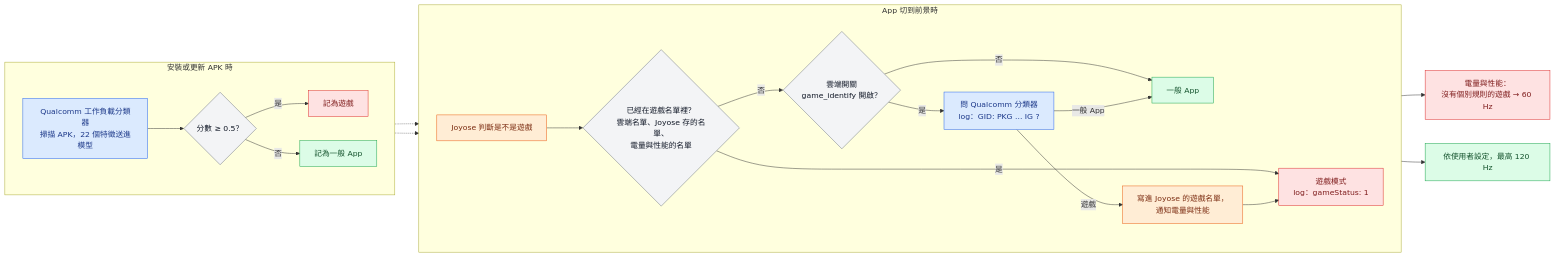
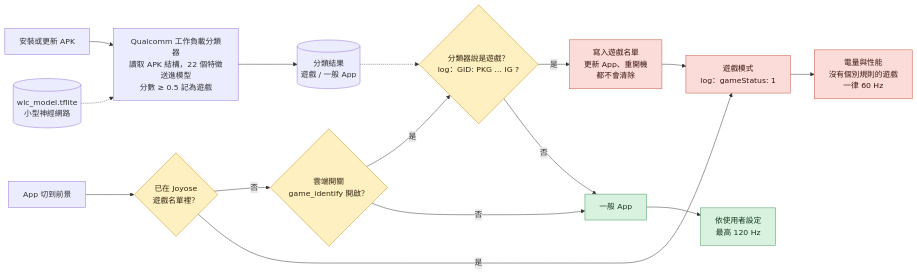
One commit to ivan17lai/joyose-wheres-my-120hz changed the diagram in README.zh-TW.md. Above: the diagram before and after it, drawn with Mermaid. The commit also changed 1 other file, not shown here.

````diff
--- a/README.zh-TW.md
+++ b/README.zh-TW.md
@@ -7,37 +7,25 @@
 ```mermaid
 flowchart LR
-    subgraph install["安裝或更新 APK 時"]
-        direction LR
-        A[Qualcomm 工作負載分類器<br/>掃描 APK，22 個特徵送進模型] --> B{分數 ≥ 0.5？}
-        B -->|是| C[記為遊戲]
-        B -->|否| D[記為一般 App]
-    end
+    apk["安裝或更新 APK"] --> wlc["Qualcomm 工作負載分類器<br/>讀取 APK 結構，22 個特徵送進模型<br/>分數 ≥ 0.5 記為遊戲"]
+    model[("wlc_model.tflite<br/>小型神經網路")] -.-> wlc
+    wlc --> label[("分類結果<br/>遊戲 / 一般 App")]
 
-    subgraph foreground["App 切到前景時"]
-        direction LR
-        F[Joyose 判斷是不是遊戲] --> G{已經在遊戲名單裡？<br/>雲端名單、Joyose 存的名單、<br/>電量與性能的名單}
-        G -->|是| K[遊戲模式<br/>log：gameStatus: 1]
-        G -->|否| H{雲端開關<br/>game_identify 開啟？}
-        H -->|否| L[一般 App]
-        H -->|是| I[問 Qualcomm 分類器<br/>log：GID: PKG ... IG ?]
-        I -->|遊戲| J[寫進 Joyose 的遊戲名單，<br/>通知電量與性能]
-        J --> K
-        I -->|一般 App| L
-    end
+    fg["App 切到前景"] --> listed{"已在 Joyose<br/>遊戲名單裡？"}
+    listed -->|否| identify{"雲端開關<br/>game_identify 開啟？"}
+    identify -->|是| ask{"分類器說是遊戲？<br/>log：GID: PKG … IG ?"}
+    label -.-> ask
+    ask -->|是| save["寫入遊戲名單<br/>更新 App、重開機<br/>都不會清除"]
+    listed -->|是| gameMode
+    save --> gameMode["遊戲模式<br/>log：gameStatus: 1"]
+    gameMode --> cap["電量與性能<br/>沒有個別規則的遊戲<br/>一律 60 Hz"]
+    identify -->|否| normal["一般 App"]
+    ask -->|否| normal
+    normal --> free["依使用者設定<br/>最高 120 Hz"]
 
-    C -.-> I
-    D -.-> I
-    K --> M[電量與性能：<br/>沒有個別規則的遊戲 → 60 Hz]
-    L --> N[依使用者設定，最高 120 Hz]
-
-    classDef qualcomm fill:#dbeafe,stroke:#2563eb,color:#1e3a8a
-    classDef joyose fill:#ffedd5,stroke:#ea580c,color:#7c2d12
-    classDef decision fill:#f3f4f6,stroke:#6b7280,color:#111827
-    classDef game fill:#fee2e2,stroke:#dc2626,color:#7f1d1d
-    classDef ok fill:#dcfce7,stroke:#16a34a,color:#14532d
-    class A,I qualcomm
-    class F,J joyose
-    class B,G,H decision
-    class C,K,M game
-    class D,L,N ok
+    classDef check fill:#fff0c2,stroke:#c78b19,color:#302710
+    classDef bad fill:#fbdcd8,stroke:#c0503f,color:#3d1610
+    classDef good fill:#d9f2df,stroke:#40975a,color:#153920
+    class listed,identify,ask check
+    class save,gameMode,cap bad
+    class normal,free good
 ```
````
